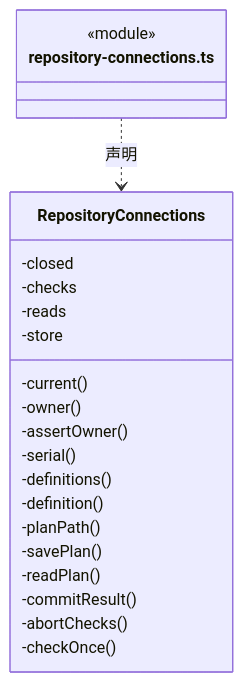
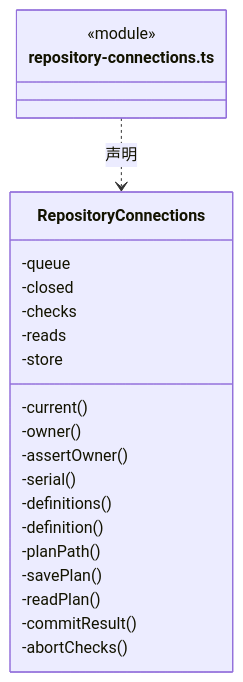
The third of 12 diagrams in src/backend/main/resources/ARCHITECTURE.md (nan023062/cbim), drawn with Mermaid before and after one commit. The commit also changed other lines of this file and 64 other files, not shown here.

````diff
--- a/src/backend/main/resources/ARCHITECTURE.md
+++ b/src/backend/main/resources/ARCHITECTURE.md
@@ -97,25 +106,25 @@
 ```mermaid
 classDiagram
 class N_src_backend_main_resources_repository_connections_ts["repository-connections.ts"] {
   <<module>>
 }
 class N_src_backend_main_resources_repository_connections_ts_RepositoryConnections["RepositoryConnections"] {
+  -queue
   -closed
   -checks
   -reads
   -store
   -current()
   -owner()
   -assertOwner()
   -serial()
   -definitions()
   -definition()
   -planPath()
   -savePlan()
   -readPlan()
   -commitResult()
   -abortChecks()
-  -checkOnce()
 }
 N_src_backend_main_resources_repository_connections_ts ..> N_src_backend_main_resources_repository_connections_ts_RepositoryConnections : 声明
 ```
````
